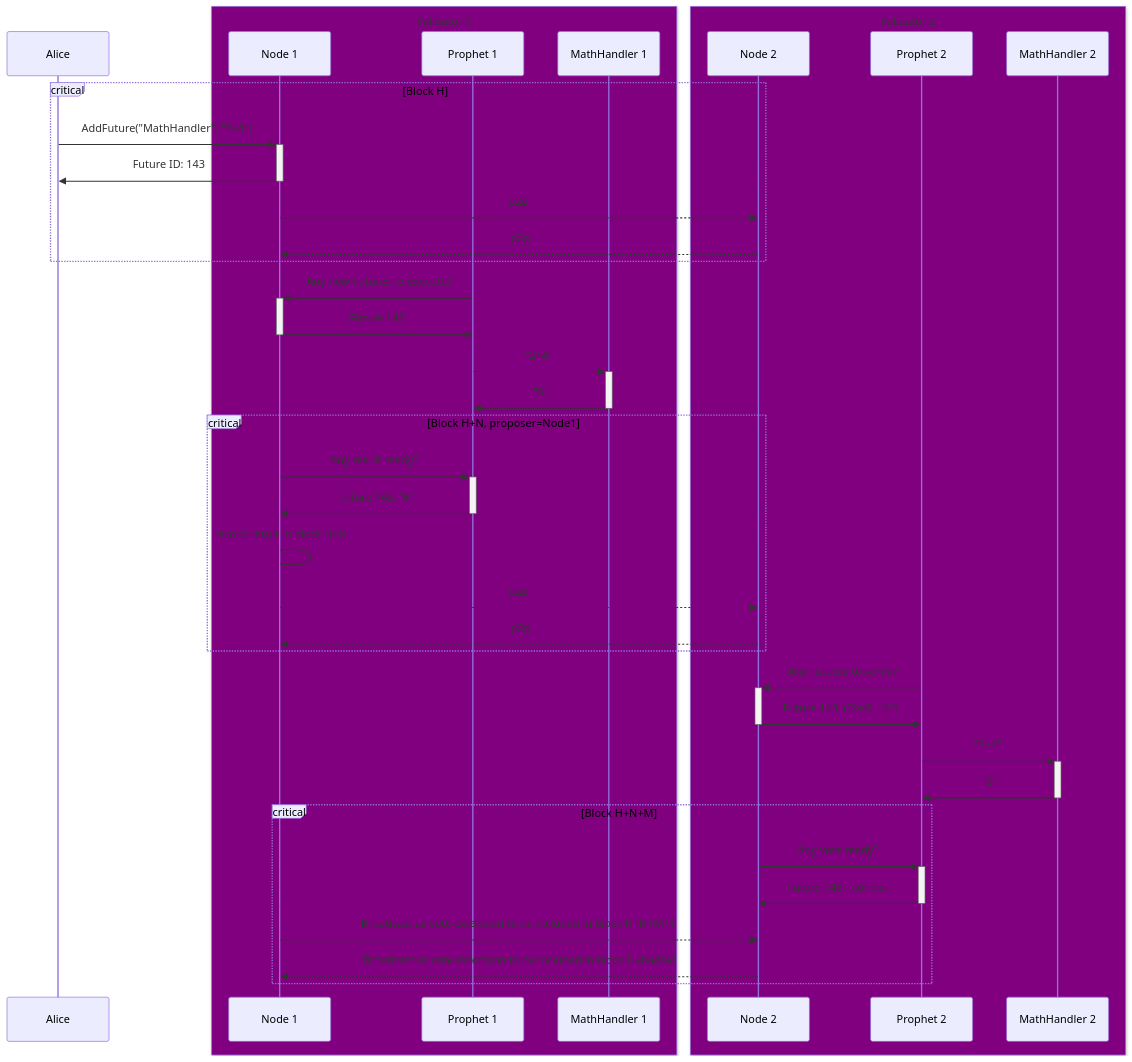
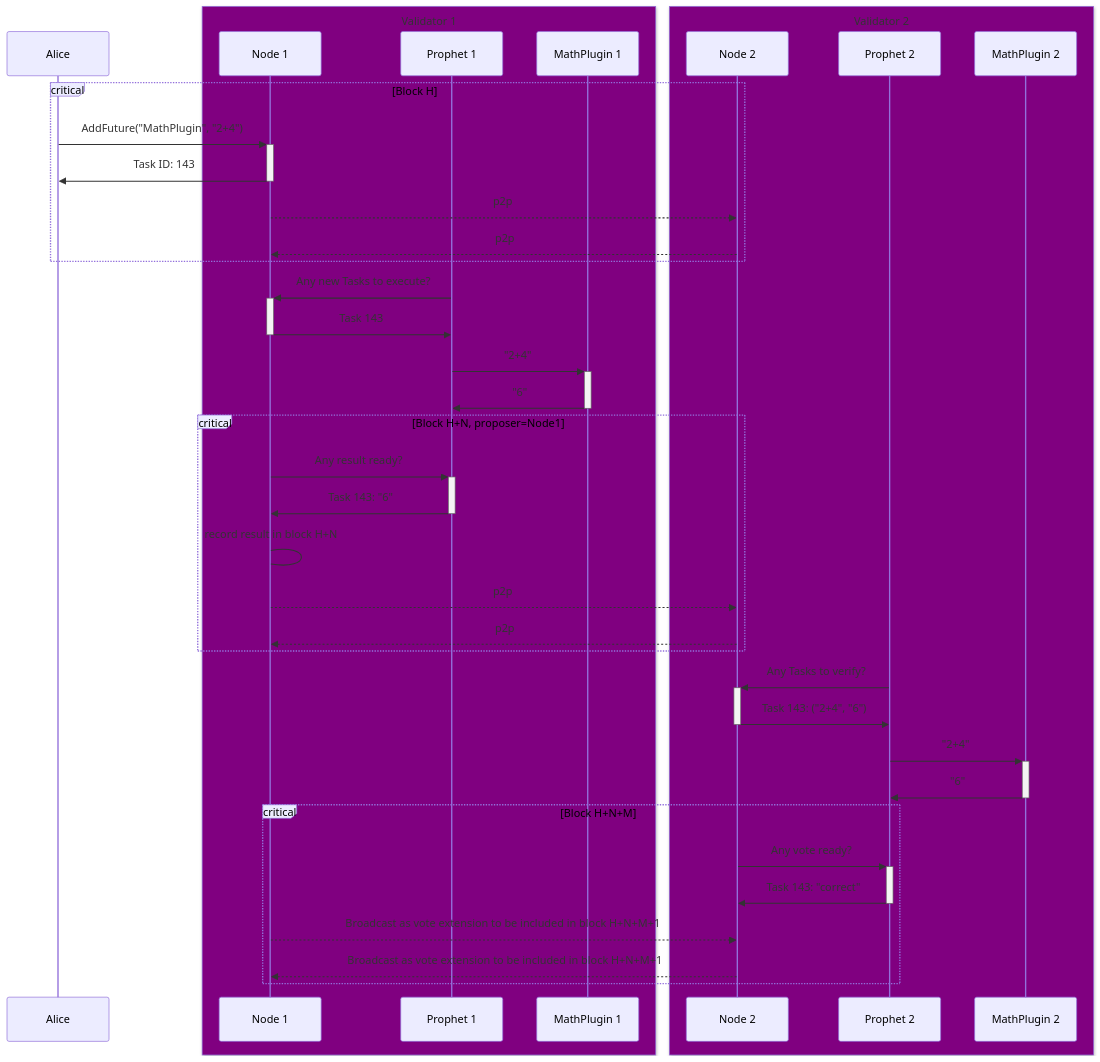
The diagram in docs/developer-docs/docs/learn/warden-protocol-modules/x-async.md (warden-protocol/wardenprotocol), drawn with Mermaid before and after one commit. The commit also changed other lines of this file and 27 other files, not shown here.

````diff
--- a/docs/developer-docs/docs/learn/warden-protocol-modules/x-async.md
+++ b/docs/developer-docs/docs/learn/warden-protocol-modules/x-async.md
@@ -140,48 +142,48 @@
 ```mermaid
 sequenceDiagram
     participant Alice
     box Purple Validator 1
         participant Node 1
         participant Prophet 1
-        participant MathHandler 1
+        participant MathPlugin 1
     end
     box Purple Validator 2
         participant Node 2
         participant Prophet 2
-        participant MathHandler 2
+        participant MathPlugin 2
     end
 
 
     critical Block H
-        Alice->>+Node 1: AddFuture("MathHandler", "2+4")
-      Node 1->>-Alice: Future ID: 143
+        Alice->>+Node 1: AddFuture("MathPlugin", "2+4")
+      Node 1->>-Alice: Task ID: 143
       Node 1-->>Node 2: p2p
       Node 2-->>Node 1: p2p
     end
     
     
-    Prophet 1->>+Node 1: Any new Futures to execute?
-    Node 1->>-Prophet 1: Future 143
-    Prophet 1->>+MathHandler 1: "2+4"
-    MathHandler 1->>-Prophet 1: "6"
+    Prophet 1->>+Node 1: Any new Tasks to execute?
+    Node 1->>-Prophet 1: Task 143
+    Prophet 1->>+MathPlugin 1: "2+4"
+    MathPlugin 1->>-Prophet 1: "6"
     
         critical Block H+N, proposer=Node1
           Node 1->>+Prophet 1: Any result ready?
-          Prophet 1->>-Node 1: Future 143: "6"
+          Prophet 1->>-Node 1: Task 143: "6"
           Node 1->Node 1: record result in block H+N
           Node 1-->>Node 2: p2p
           Node 2-->>Node 1: p2p
         end
 
-    Prophet 2->>+Node 2: Any Futures to verify?
-    Node 2->>-Prophet 2: Future 143: ("2+4", "6")
-    Prophet 2->>+MathHandler 2: "2+4"
-    MathHandler 2->>-Prophet 2: "6"
+    Prophet 2->>+Node 2: Any Tasks to verify?
+    Node 2->>-Prophet 2: Task 143: ("2+4", "6")
+    Prophet 2->>+MathPlugin 2: "2+4"
+    MathPlugin 2->>-Prophet 2: "6"
 
         critical Block H+N+M
           Node 2->>+Prophet 2: Any vote ready?
-          Prophet 2->>-Node 2: Future 143: "correct"
+          Prophet 2->>-Node 2: Task 143: "correct"
           Node 1-->>Node 2: Broadcast as vote extension to be included in block H+N+M+1
           Node 2-->>Node 1: Broadcast as vote extension to be included in block H+N+M+1
         end
 ```
````
